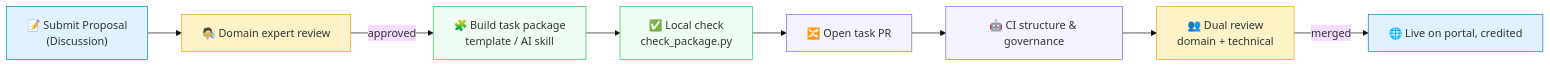
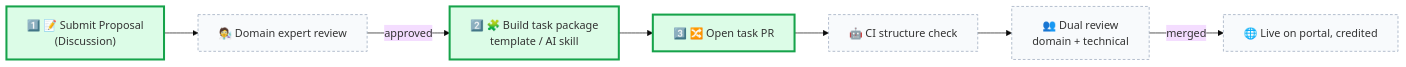
The diagram in README_EN.md (PrismaX-Team/LiveDiscoveryBench-Tasks), drawn with Mermaid (base theme) before and after one commit. The commit also changed other lines of this file and 1 other file, not shown here.

Commit message:
docs: simplify README flowchart, mark contributor steps

````diff
--- a/README_EN.md
+++ b/README_EN.md
@@ -47,19 +47,17 @@
 ```mermaid
 flowchart LR
-    A["📝 Submit Proposal<br/>(Discussion)"] --> B["🧑‍🔬 Domain expert review"]
-    B -->|approved| C["🧩 Build task package<br/>template / AI skill"]
-    C --> D["✅ Local check<br/>check_package.py"]
-    D --> E["🔀 Open task PR"]
-    E --> F["🤖 CI structure & governance"]
+    A["1️⃣ 📝 Submit Proposal<br/>(Discussion)"] --> B["🧑‍🔬 Domain expert review"]
+    B -->|approved| C["2️⃣ 🧩 Build task package<br/>template / AI skill"]
+    C --> E["3️⃣ 🔀 Open task PR"]
+    E --> F["🤖 CI structure check"]
     F --> G["👥 Dual review<br/>domain + technical"]
     G -->|merged| H["🌐 Live on portal, credited"]
 
-    style A fill:#e0f2fe,stroke:#0284c7
-    style B fill:#fef3c7,stroke:#f59e0b
-    style C fill:#f0fdf4,stroke:#22c55e
-    style D fill:#f0fdf4,stroke:#22c55e
-    style E fill:#f5f3ff,stroke:#8b5cf6
-    style F fill:#f5f3ff,stroke:#8b5cf6
-    style G fill:#fef3c7,stroke:#f59e0b
-    style H fill:#e0f2fe,stroke:#0284c7
+    style A fill:#dcfce7,stroke:#16a34a,stroke-width:3px
+    style C fill:#dcfce7,stroke:#16a34a,stroke-width:3px
+    style E fill:#dcfce7,stroke:#16a34a,stroke-width:3px
+    style B fill:#f8fafc,stroke:#94a3b8,stroke-dasharray:4 3
+    style F fill:#f8fafc,stroke:#94a3b8,stroke-dasharray:4 3
+    style G fill:#f8fafc,stroke:#94a3b8,stroke-dasharray:4 3
+    style H fill:#f8fafc,stroke:#94a3b8,stroke-dasharray:4 3
 ```
````
